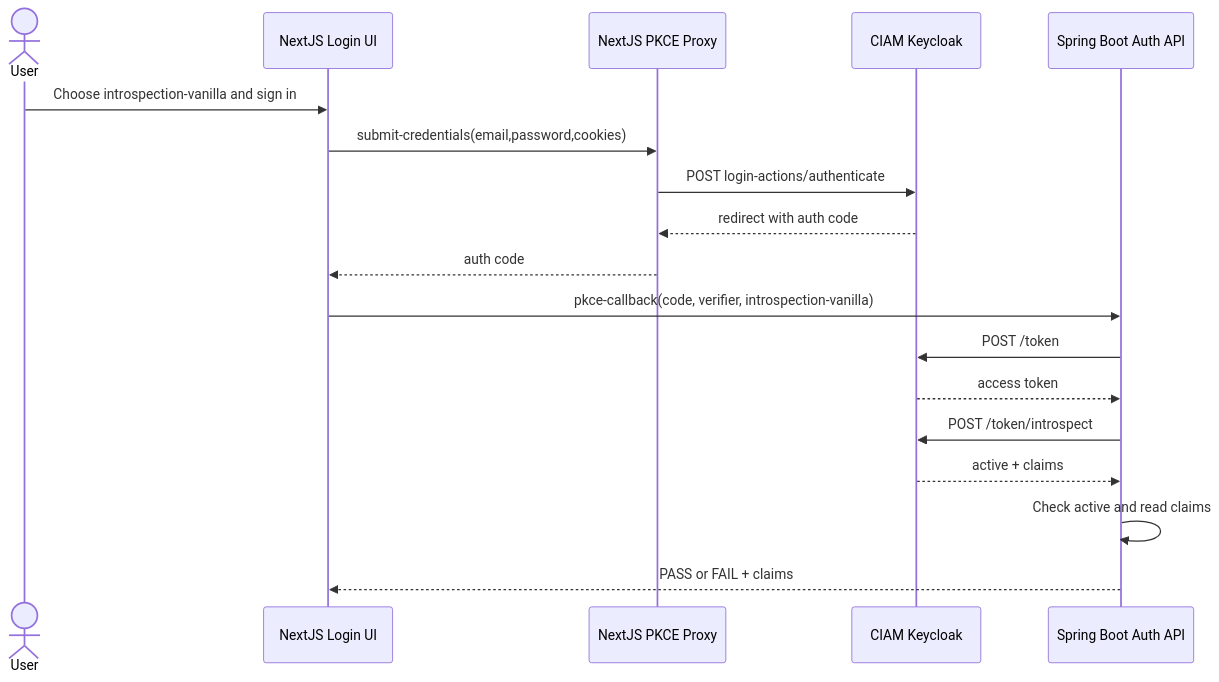
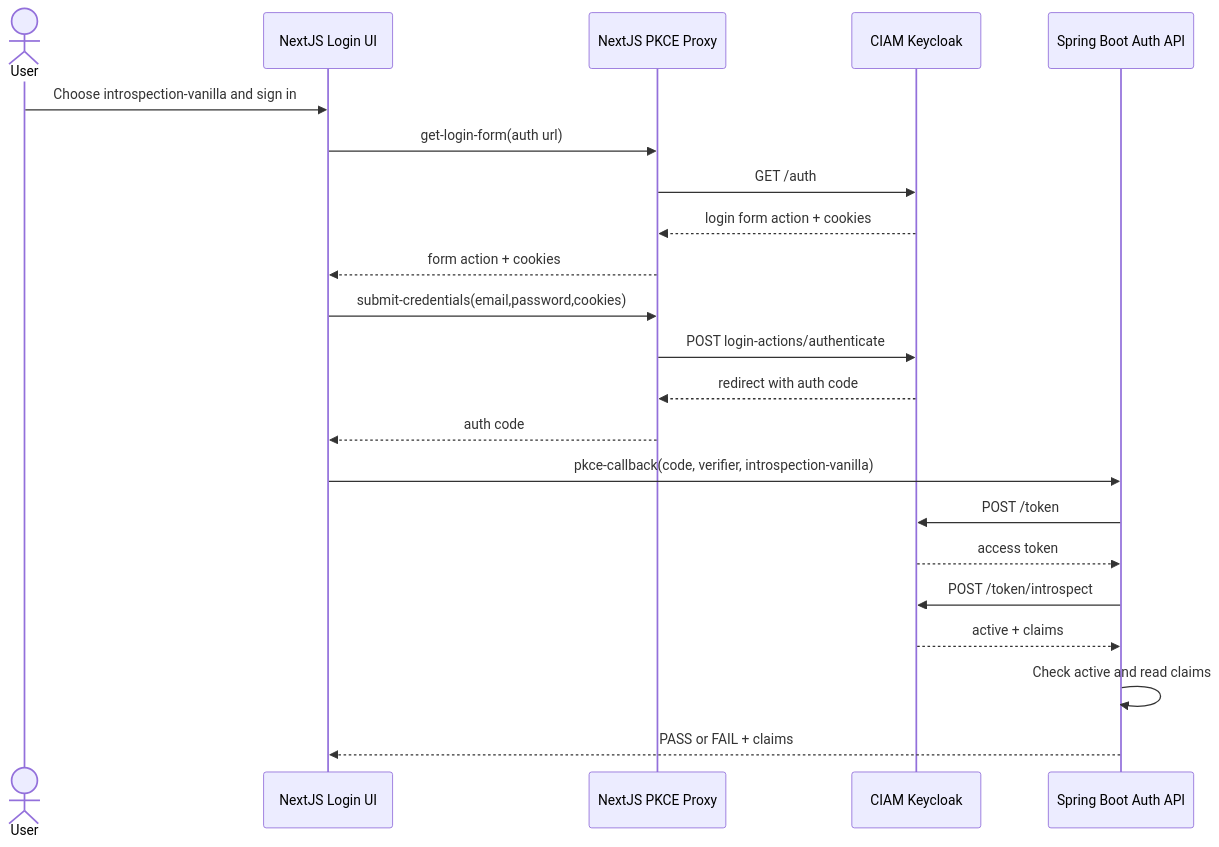
Before and after one commit to jackzhaojin/ciam-demo: the fifth of 6 diagrams in auth-patterns.md, drawn with Mermaid. The commit also changed other lines of this file, not shown here.

Commit message:
Fix auth-patterns.md diagram drift from implementation

````diff
--- a/auth-patterns.md
+++ b/auth-patterns.md
@@ -136,21 +144,25 @@
 ```mermaid
 sequenceDiagram
     actor User
     participant Browser as NextJS Login UI
     participant NextAPI as NextJS PKCE Proxy
     participant CIAM as CIAM Keycloak
     participant Java as Spring Boot Auth API
 
     User->>Browser: Choose introspection-vanilla and sign in
+    Browser->>NextAPI: get-login-form(auth url)
+    NextAPI->>CIAM: GET /auth
+    CIAM-->>NextAPI: login form action + cookies
+    NextAPI-->>Browser: form action + cookies
     Browser->>NextAPI: submit-credentials(email,password,cookies)
     NextAPI->>CIAM: POST login-actions/authenticate
     CIAM-->>NextAPI: redirect with auth code
     NextAPI-->>Browser: auth code
     Browser->>Java: pkce-callback(code, verifier, introspection-vanilla)
     Java->>CIAM: POST /token
     CIAM-->>Java: access token
     Java->>CIAM: POST /token/introspect
     CIAM-->>Java: active + claims
     Java->>Java: Check active and read claims
     Java-->>Browser: PASS or FAIL + claims
 ```
````
